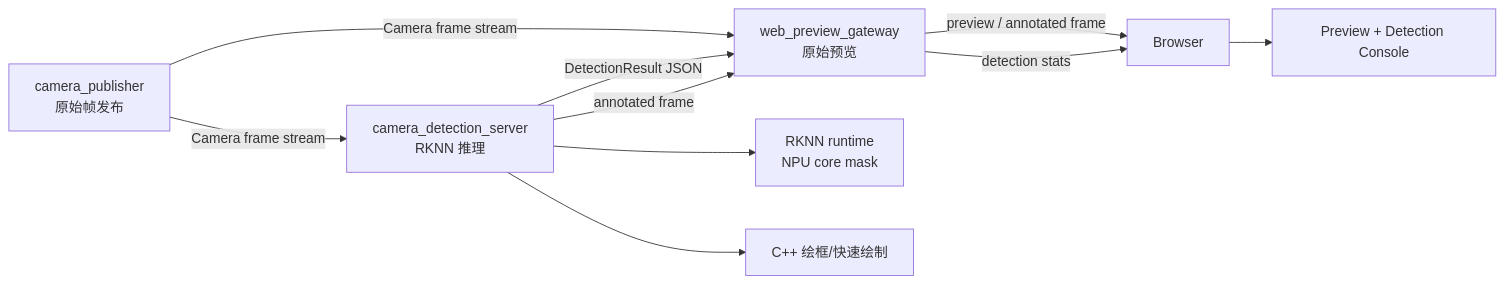
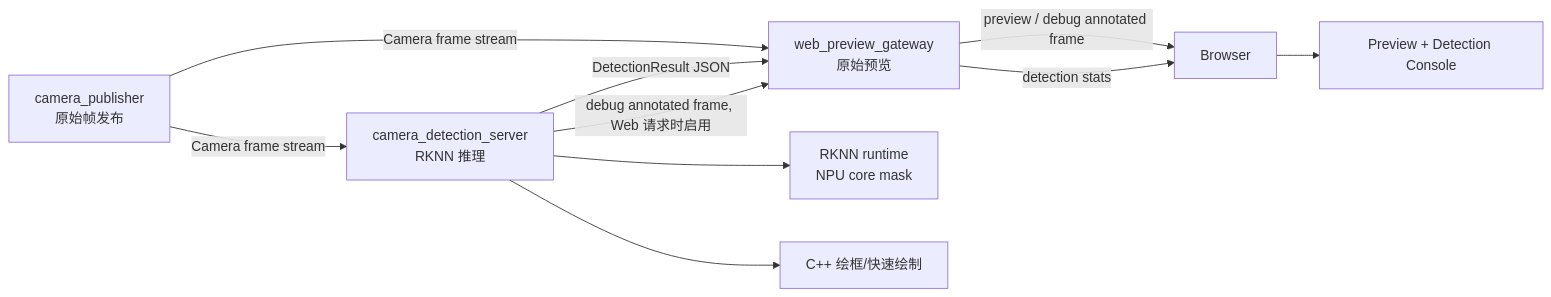
The first of 7 diagrams in docs/TARGET_DETECTION_PIPELINE_DESIGN.md (SuycxZMZ/CameraSubsystem), drawn with Mermaid before and after one commit. The commit also changed other lines of this file and 21 other files, not shown here.

````diff
--- a/docs/TARGET_DETECTION_PIPELINE_DESIGN.md
+++ b/docs/TARGET_DETECTION_PIPELINE_DESIGN.md
@@ -211,12 +219,12 @@
 ```mermaid
 flowchart LR
     Publisher["camera_publisher<br/>原始帧发布"] -->|Camera frame stream| Gateway["web_preview_gateway<br/>原始预览"]
     Publisher -->|Camera frame stream| Detection["camera_detection_server<br/>RKNN 推理"]
     Detection --> Runtime["RKNN runtime<br/>NPU core mask"]
     Detection --> Draw["C++ 绘框/快速绘制"]
     Detection -->|DetectionResult JSON| Gateway
-    Detection -->|annotated frame| Gateway
-    Gateway -->|preview / annotated frame| Browser["Browser"]
+    Detection -->|debug annotated frame, Web 请求时启用| Gateway
+    Gateway -->|preview / debug annotated frame| Browser["Browser"]
     Gateway -->|detection stats| Browser
     Browser --> BrowserView["Preview + Detection Console"]
 ```
````
